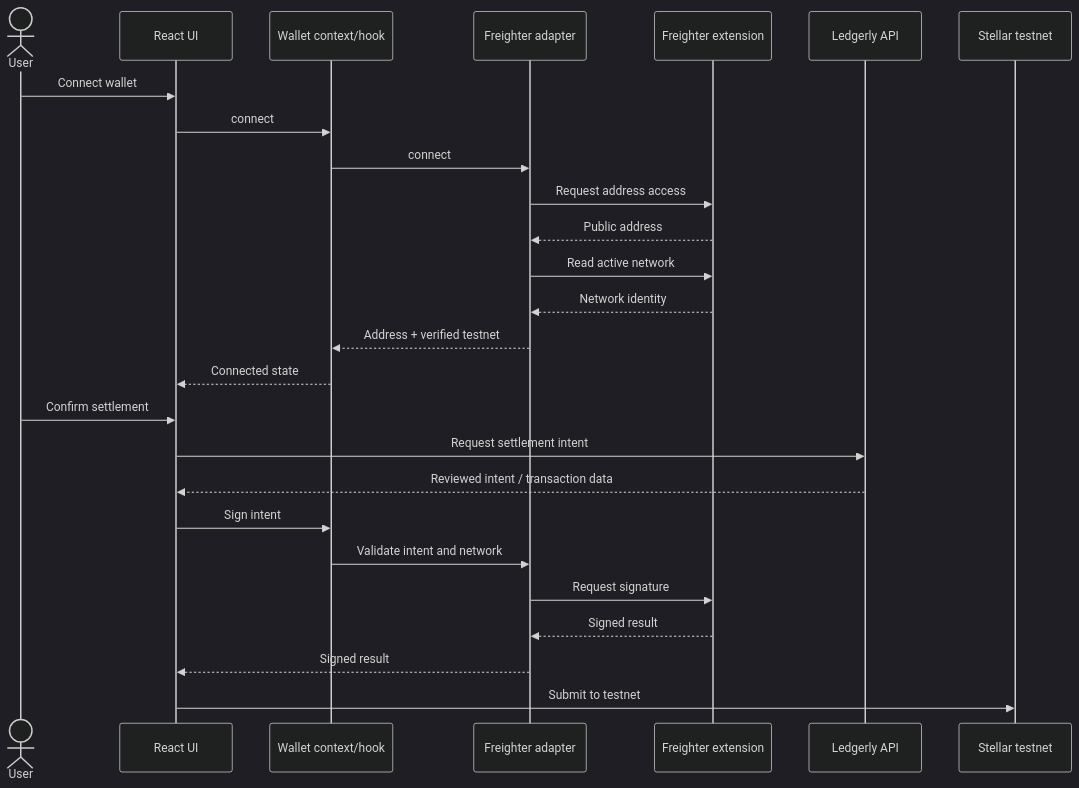
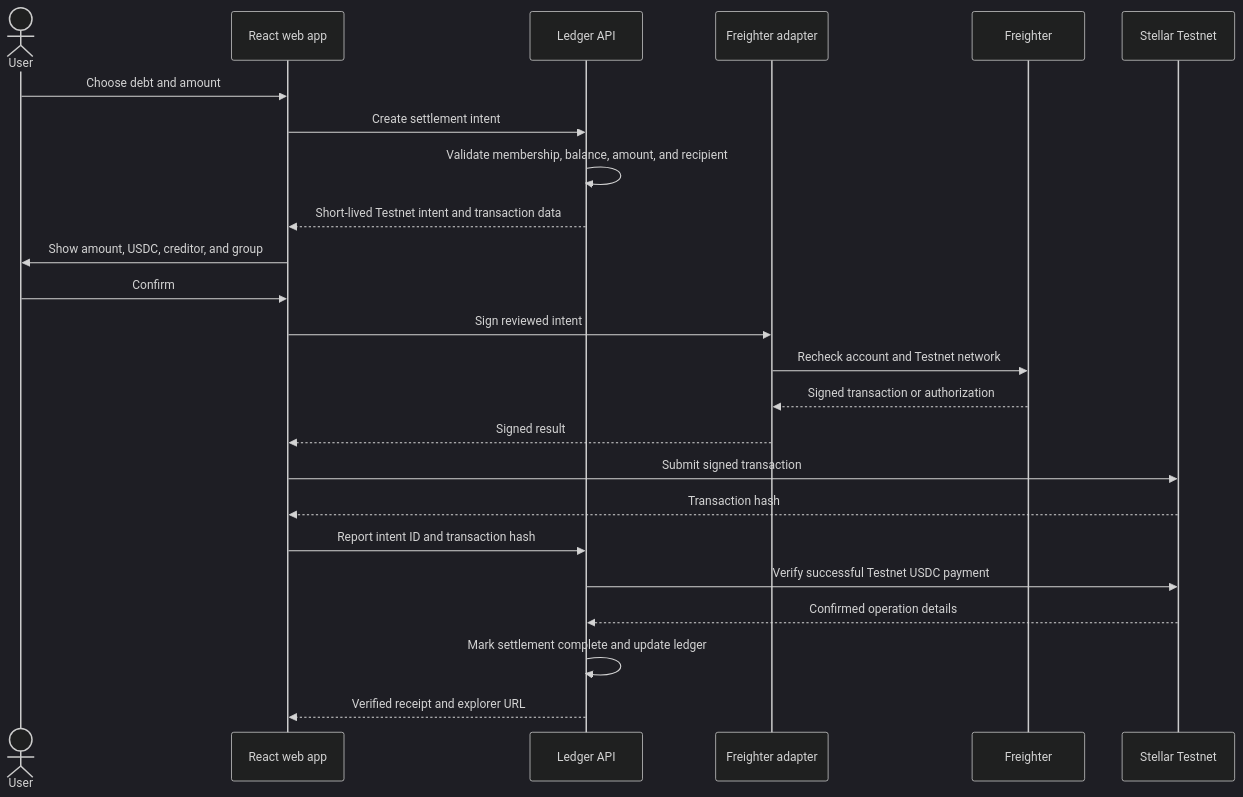
One commit to Michella-stack/Stellar-Split changed the second of 2 diagrams in docs/ARCHITECTURE.md. Above: the diagram before and after it, drawn with Mermaid (dark theme). The commit also changed other lines of this file and 41 other files, not shown here.

First line of the commit message:
updated architecture

````diff
--- a/docs/ARCHITECTURE.md
+++ b/docs/ARCHITECTURE.md
@@ -85,29 +291,27 @@
 ```mermaid
 sequenceDiagram
     actor User
-    participant UI as React UI
-    participant Hook as Wallet context/hook
+    participant Web as React web app
+    participant API as Ledger API
     participant Adapter as Freighter adapter
-    participant Wallet as Freighter extension
-    participant API as Ledgerly API
-    participant RPC as Stellar testnet
+    participant Wallet as Freighter
+    participant Stellar as Stellar Testnet
 
-    User->>UI: Connect wallet
-    UI->>Hook: connect
-    Hook->>Adapter: connect
-    Adapter->>Wallet: Request address access
-    Wallet-->>Adapter: Public address
-    Adapter->>Wallet: Read active network
-    Wallet-->>Adapter: Network identity
-    Adapter-->>Hook: Address + verified testnet
-    Hook-->>UI: Connected state
-    User->>UI: Confirm settlement
-    UI->>API: Request settlement intent
-    API-->>UI: Reviewed intent / transaction data
-    UI->>Hook: Sign intent
-    Hook->>Adapter: Validate intent and network
-    Adapter->>Wallet: Request signature
-    Wallet-->>Adapter: Signed result
-    Adapter-->>UI: Signed result
-    UI->>RPC: Submit to testnet
+    User->>Web: Choose debt and amount
+    Web->>API: Create settlement intent
+    API->>API: Validate membership, balance, amount, and recipient
+    API-->>Web: Short-lived Testnet intent and transaction data
+    Web->>User: Show amount, USDC, creditor, and group
+    User->>Web: Confirm
+    Web->>Adapter: Sign reviewed intent
+    Adapter->>Wallet: Recheck account and Testnet network
+    Wallet-->>Adapter: Signed transaction or authorization
+    Adapter-->>Web: Signed result
+    Web->>Stellar: Submit signed transaction
+    Stellar-->>Web: Transaction hash
+    Web->>API: Report intent ID and transaction hash
+    API->>Stellar: Verify successful Testnet USDC payment
+    Stellar-->>API: Confirmed operation details
+    API->>API: Mark settlement complete and update ledger
+    API-->>Web: Verified receipt and explorer URL
 ```
````
